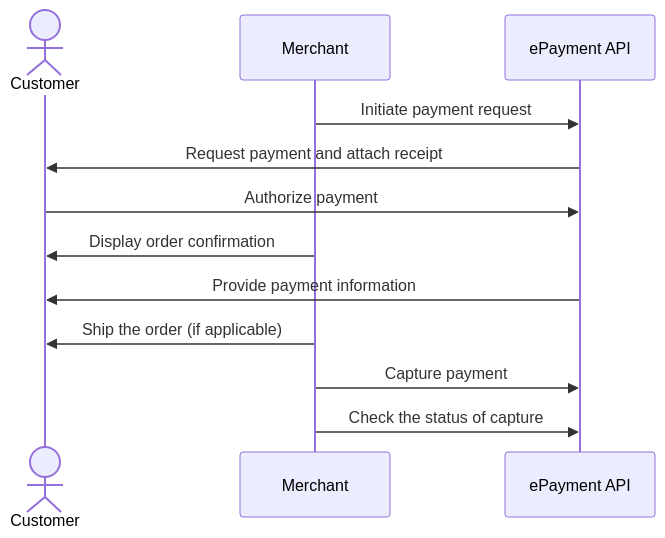
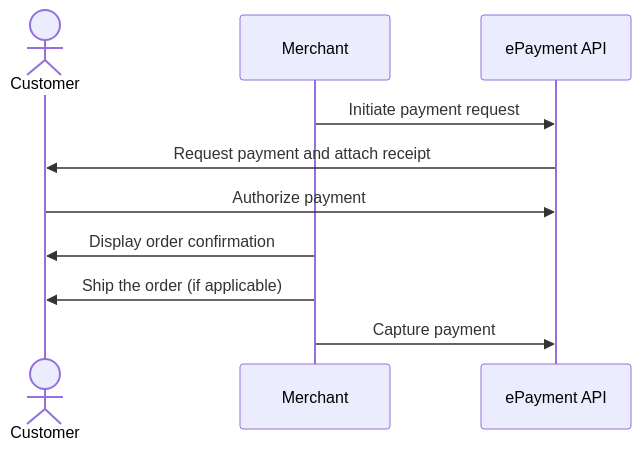
One commit to vippsas/vipps-solutions changed the diagram in online/README.md. Above: the diagram before and after it, drawn with Mermaid. The commit also changed 16 other files, not shown here.

````diff
--- a/online/README.md
+++ b/online/README.md
@@ -145,15 +145,13 @@
 ``` mermaid
 sequenceDiagram
     actor C as Customer
     participant M as Merchant
     participant ePayment as ePayment API
 
     M->>ePayment: Initiate payment request
     ePayment->>C: Request payment and attach receipt
     C->>ePayment: Authorize payment
     M->>C: Display order confirmation
-    ePayment->>C: Provide payment information
     M->>C: Ship the order (if applicable)
-    M->>ePayment: Capture payment 
-    M->>ePayment: Check the status of capture
+    M->>ePayment: Capture payment
 ```
````
